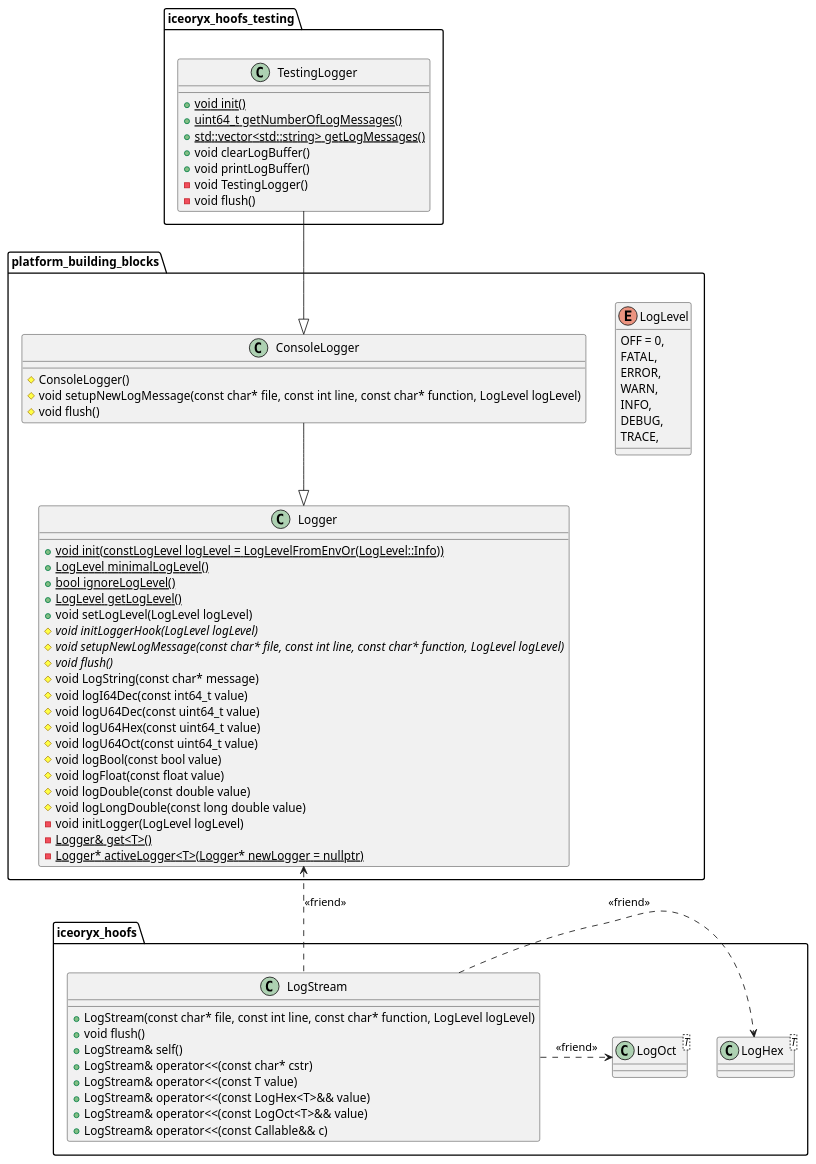
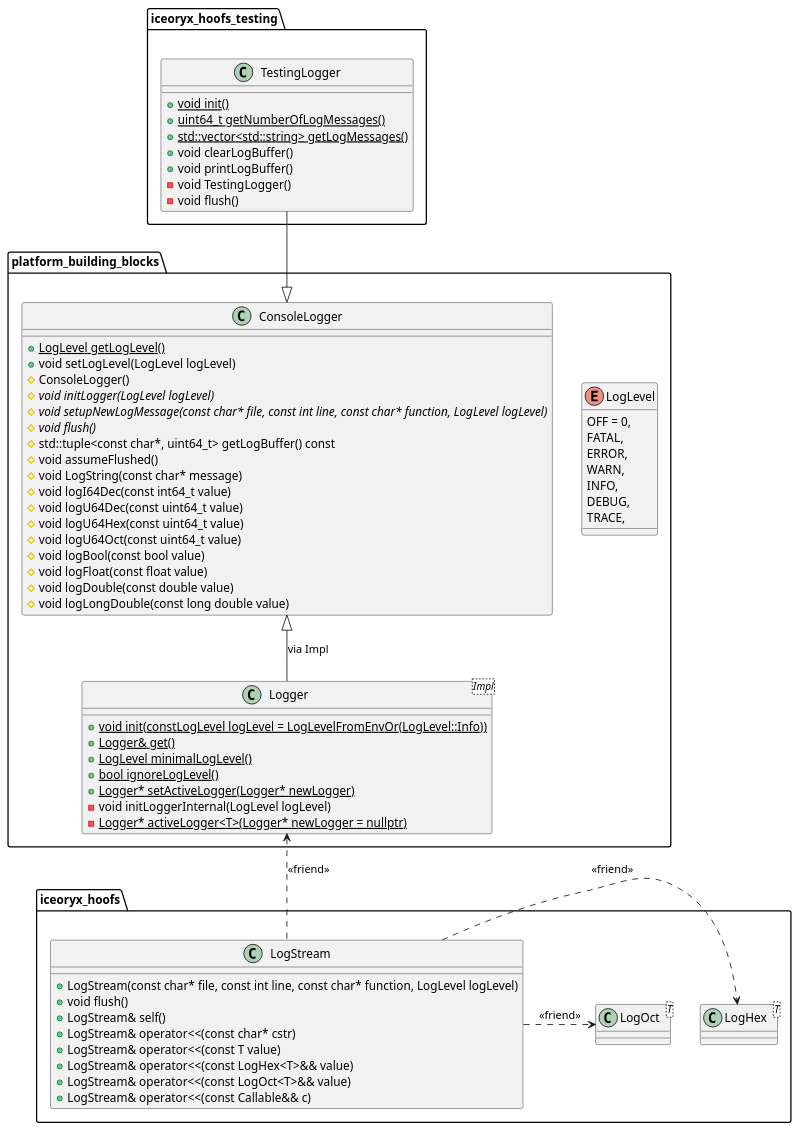
The diagram in doc/design/diagrams/logging/logging_classes.puml (eclipse-iceoryx/iceoryx), drawn with PlantUML before and after one commit. The commit also changed 10 other files, not shown here.

```diff
--- a/doc/design/diagrams/logging/logging_classes.puml
+++ b/doc/design/diagrams/logging/logging_classes.puml
@@ -1,85 +1,86 @@
 @startuml
 
 package platform_building_blocks {
 
 enum LogLevel {
     OFF = 0,
     FATAL,
     ERROR,
     WARN,
     INFO,
     DEBUG,
     TRACE,
 }
 
-class Logger {
+class Logger <Impl> {
   + {static} void init(constLogLevel logLevel = LogLevelFromEnvOr(LogLevel::Info))
+  + {static} Logger& get()
   + {static} LogLevel minimalLogLevel()
   + {static} bool ignoreLogLevel()
+  + {static} Logger* setActiveLogger(Logger* newLogger)
+  - void initLoggerInternal(LogLevel logLevel)
+  - {static} Logger* activeLogger<T>(Logger* newLogger = nullptr)
+}
+
+class ConsoleLogger {
   + {static} LogLevel getLogLevel()
   + void setLogLevel(LogLevel logLevel)
-  # {abstract} void initLoggerHook(LogLevel logLevel)
+  # ConsoleLogger()
+  # {abstract} void initLogger(LogLevel logLevel)
   # {abstract} void setupNewLogMessage(const char* file, const int line, const char* function, LogLevel logLevel)
   # {abstract} void flush()
+  # std::tuple<const char*, uint64_t> getLogBuffer() const
+  # void assumeFlushed()
   # void LogString(const char* message)
   # void logI64Dec(const int64_t value)
   # void logU64Dec(const uint64_t value)
   # void logU64Hex(const uint64_t value)
   # void logU64Oct(const uint64_t value)
   # void logBool(const bool value)
   # void logFloat(const float value)
   # void logDouble(const double value)
   # void logLongDouble(const long double value)
-  - void initLogger(LogLevel logLevel)
-  - {static} Logger& get<T>()
-  - {static} Logger* activeLogger<T>(Logger* newLogger = nullptr)
-}
-
-class ConsoleLogger {
-  # ConsoleLogger()
-  # void setupNewLogMessage(const char* file, const int line, const char* function, LogLevel logLevel)
-  # void flush()
 }
 
 }
 
 package iceoryx_hoofs_testing {
 
 class TestingLogger {
   + {static} void init()
   + {static} uint64_t getNumberOfLogMessages()
   + {static} std::vector<std::string> getLogMessages()
   + void clearLogBuffer()
   + void printLogBuffer()
   - void TestingLogger()
   - void flush()
 }
 
 }
 
 package iceoryx_hoofs {
 
 class LogHex <T> {}
 
 class LogOct <T> {}
 
 class LogStream {
   + LogStream(const char* file, const int line, const char* function, LogLevel logLevel)
   + void flush()
   + LogStream& self()
   + LogStream& operator<<(const char* cstr)
   + LogStream& operator<<(const T value)
   + LogStream& operator<<(const LogHex<T>&& value)
   + LogStream& operator<<(const LogOct<T>&& value)
   + LogStream& operator<<(const Callable&& c)
 }
 
 }
 
-ConsoleLogger --|> Logger
 TestingLogger --|> ConsoleLogger
+ConsoleLogger <|-- Logger : via Impl
 Logger <.. LogStream : <<friend>>
 LogStream .> LogHex : <<friend>>
 LogStream .> LogOct : <<friend>>
 
 @enduml
```
